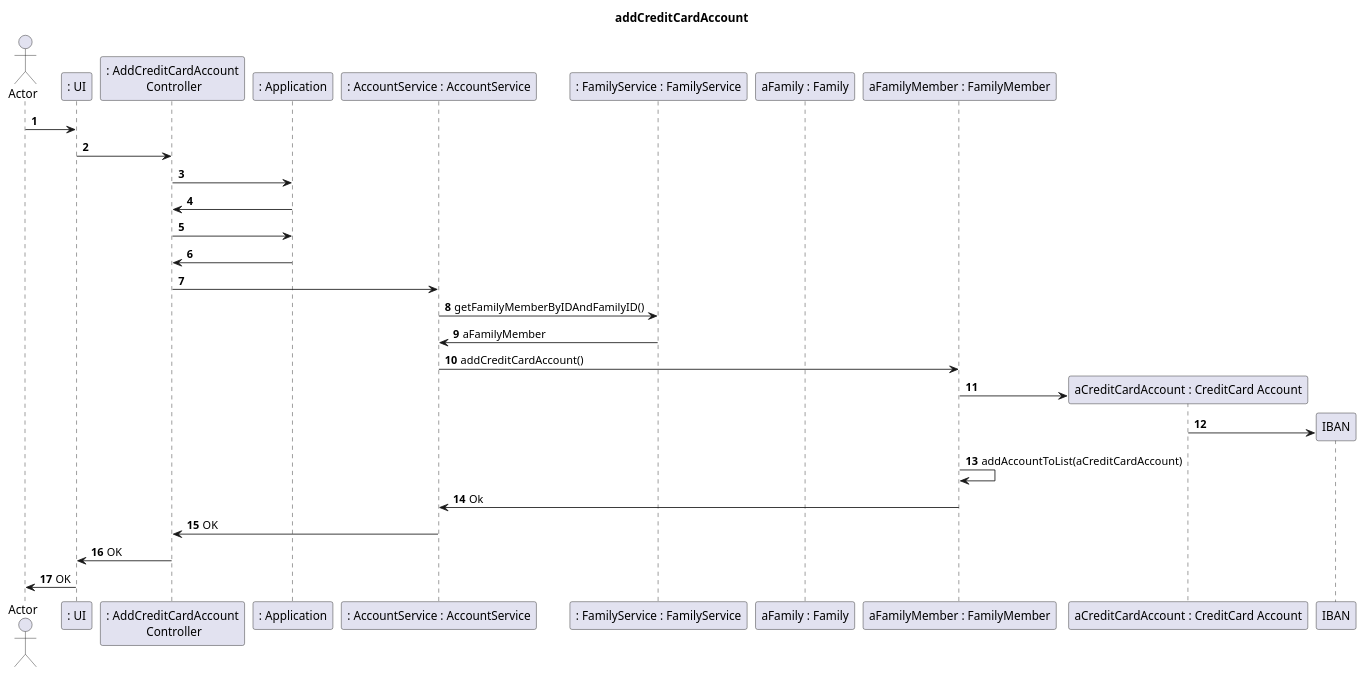
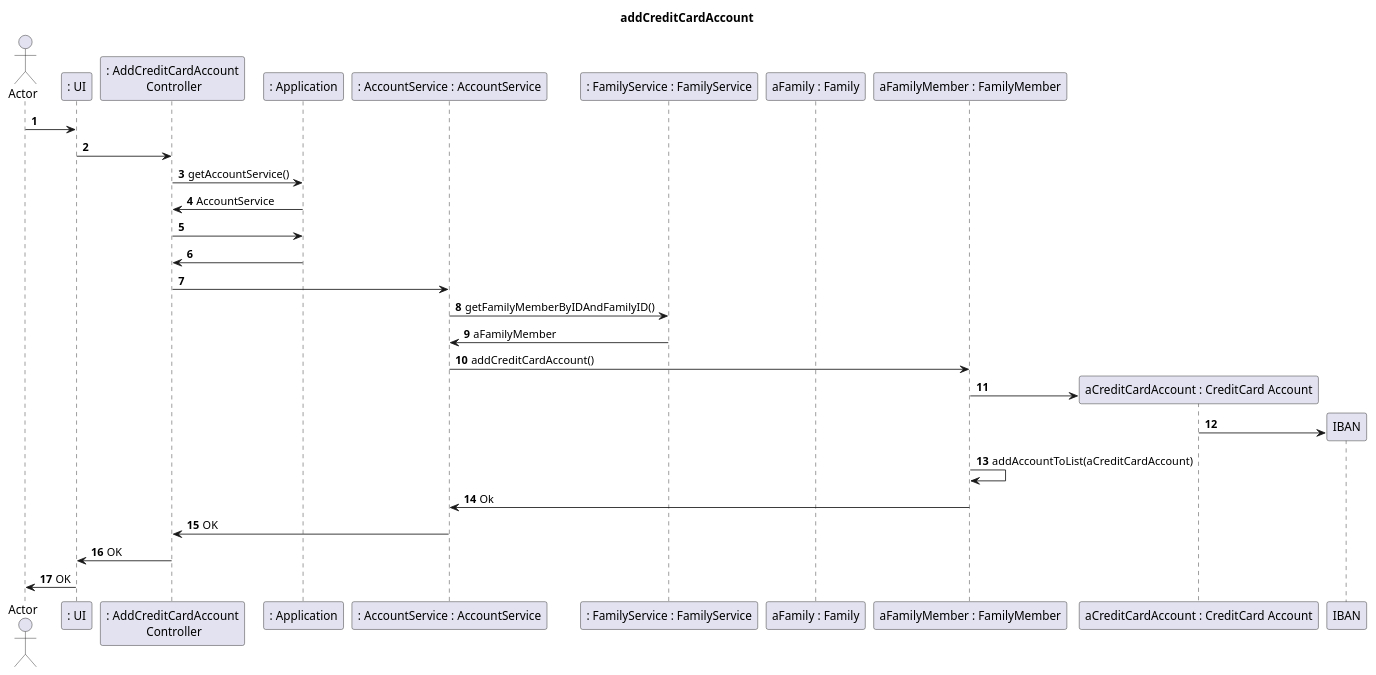
The third of 4 diagrams in docs/sprint2/user_stories/US173_AddCreditCardAccount.md (tomas-osswald/switch_2020_g3), drawn with PlantUML before and after one commit.

Commit message:
small correction in US173 doc

````diff
--- a/docs/sprint2/user_stories/US173_AddCreditCardAccount.md
+++ b/docs/sprint2/user_stories/US173_AddCreditCardAccount.md
@@ -86,31 +86,31 @@
 ``` puml
 autonumber 1
 title addCreditCardAccount
 actor "Actor" as actor
 participant ": UI" as UI
 participant ": AddCreditCardAccount\n Controller" as controller
 participant ": Application" as app
 participant ": AccountService : AccountService" as aserv
 participant ": FamilyService : FamilyService" as fserv
 participant "aFamily : Family" as family
 participant "aFamilyMember : FamilyMember" as familyMember
 participant "aCreditCardAccount : CreditCard Account" as credit
 actor -> UI
 UI -> controller
-controller -> app
-app -> controller
+controller -> app : getAccountService()
+app -> controller : AccountService
 controller -> app
 app -> controller
 controller -> aserv
 aserv -> fserv : getFamilyMemberByIDAndFamilyID()
 fserv -> aserv : aFamilyMember
 aserv -> familyMember : addCreditCardAccount()
 
 familyMember -> credit** : 
 credit -> IBAN**
 familyMember -> familyMember : addAccountToList(aCreditCardAccount)
 familyMember -> aserv : Ok
 aserv -> controller : OK
 controller -> UI : OK
 UI -> actor : OK
 ```
````
